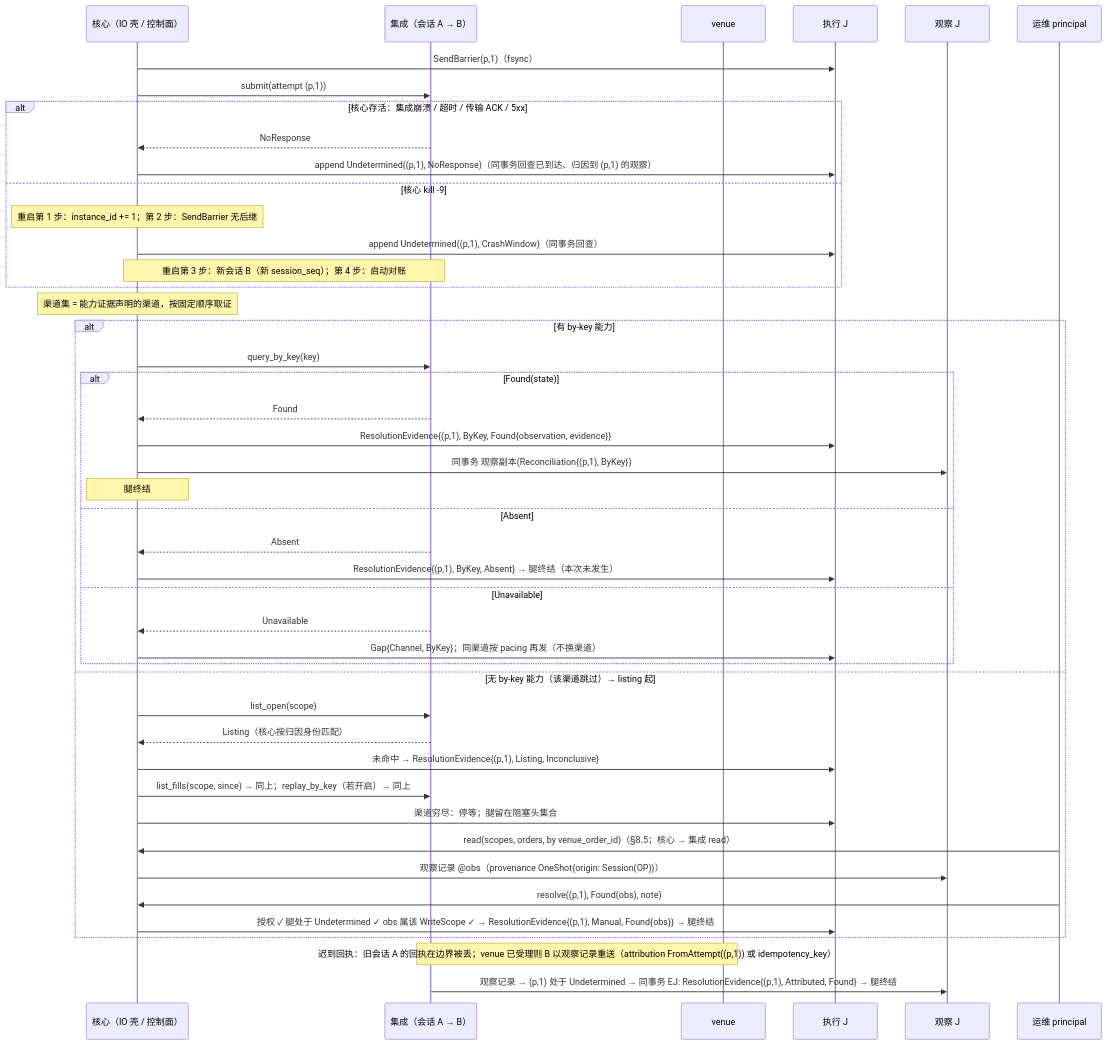
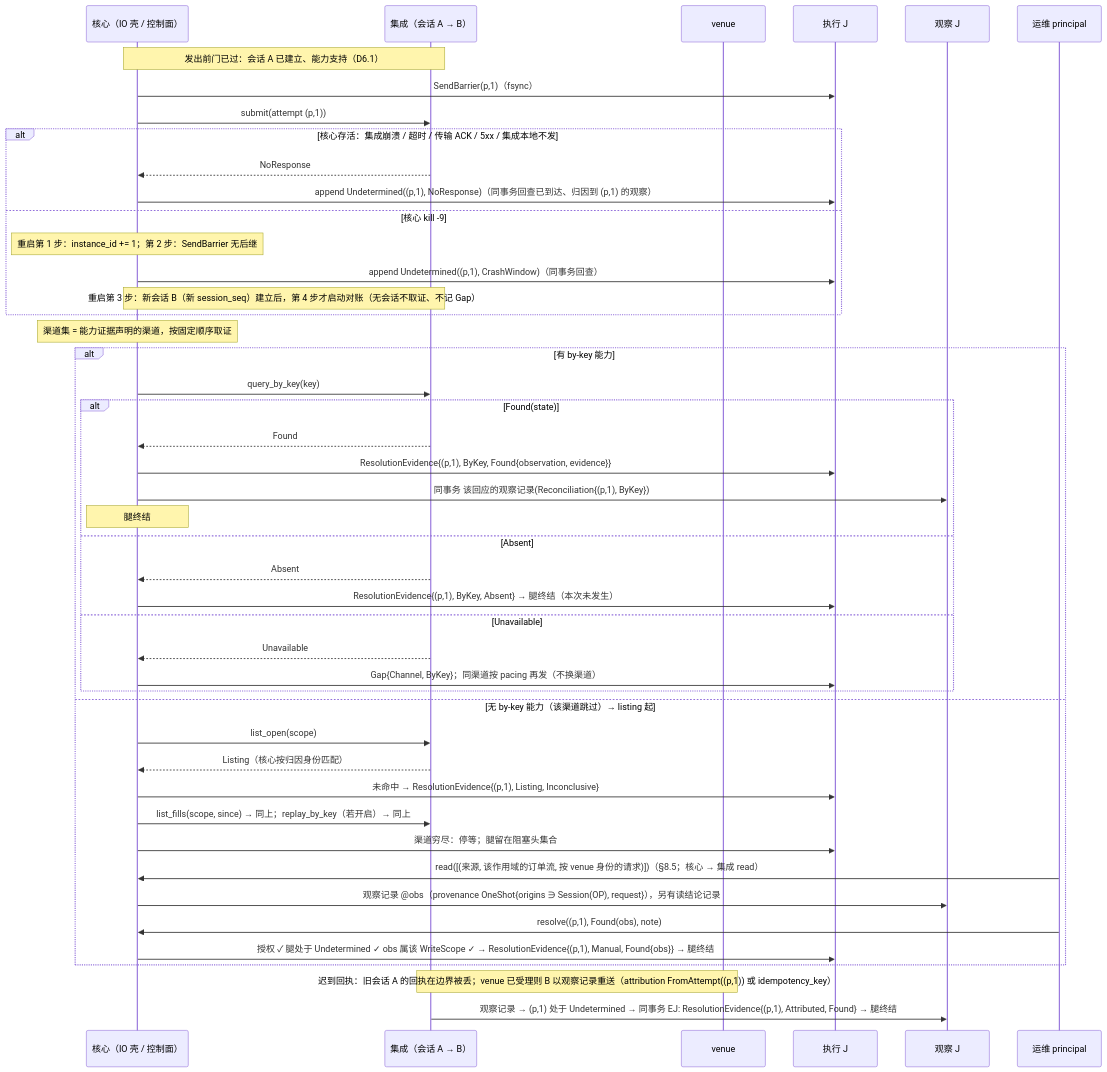
Before and after one commit to mouriya-s-lab/uta: the sixth of 7 diagrams in design/diagrams/06-io-shell-attempt.md, drawn with Mermaid. The commit also changed other lines of this file and 12 other files, not shown here.

````diff
--- a/design/diagrams/06-io-shell-attempt.md
+++ b/design/diagrams/06-io-shell-attempt.md
@@ -203,47 +204,48 @@
 ```mermaid
 sequenceDiagram
   participant IO as 核心（IO 壳 / 控制面）
   participant I as 集成（会话 A → B）
   participant V as venue
   participant EJ as 执行 J
   participant OJ as 观察 J
   participant OP as 运维 principal
+  Note over IO,I: 发出前门已过：会话 A 已建立、能力支持（D6.1）
   IO->>EJ: SendBarrier(p,1)（fsync）
   IO->>I: submit(attempt (p,1))
-  alt 核心存活：集成崩溃 / 超时 / 传输 ACK / 5xx
+  alt 核心存活：集成崩溃 / 超时 / 传输 ACK / 5xx / 集成本地不发
     I-->>IO: NoResponse
     IO->>EJ: append Undetermined((p,1), NoResponse)（同事务回查已到达、归因到 (p,1) 的观察）
   else 核心 kill -9
     Note over IO: 重启第 1 步：instance_id += 1；第 2 步：SendBarrier 无后继
     IO->>EJ: append Undetermined((p,1), CrashWindow)（同事务回查）
-    Note over IO,I: 重启第 3 步：新会话 B（新 session_seq）；第 4 步：启动对账
+    Note over IO,I: 重启第 3 步：新会话 B（新 session_seq）建立后，第 4 步才启动对账（无会话不取证、不记 Gap）
   end
   Note over IO: 渠道集 = 能力证据声明的渠道，按固定顺序取证
   alt 有 by-key 能力
     IO->>I: query_by_key(key)
     alt Found(state)
       I-->>IO: Found
       IO->>EJ: ResolutionEvidence{(p,1), ByKey, Found{observation, evidence}}
-      IO->>OJ: 同事务 观察副本(Reconciliation{(p,1), ByKey})
+      IO->>OJ: 同事务 该回应的观察记录(Reconciliation{(p,1), ByKey})
       Note over IO: 腿终结
     else Absent
       I-->>IO: Absent
       IO->>EJ: ResolutionEvidence{(p,1), ByKey, Absent} → 腿终结（本次未发生）
     else Unavailable
       I-->>IO: Unavailable
       IO->>EJ: Gap{Channel, ByKey}；同渠道按 pacing 再发（不换渠道）
     end
   else 无 by-key 能力（该渠道跳过）→ listing 起
     IO->>I: list_open(scope)
     I-->>IO: Listing（核心按归因身份匹配）
     IO->>EJ: 未命中 → ResolutionEvidence{(p,1), Listing, Inconclusive}
     IO->>I: list_fills(scope, since) → 同上；replay_by_key（若开启）→ 同上
     IO->>EJ: 渠道穷尽：停等；腿留在阻塞头集合
-    OP->>IO: read(scopes, orders, by venue_order_id)（§8.5；核心 → 集成 read）
-    IO->>OJ: 观察记录 @obs（provenance OneShot{origin: Session(OP)}）
+    OP->>IO: read([(来源, 该作用域的订单流, 按 venue 身份的请求)])（§8.5；核心 → 集成 read）
+    IO->>OJ: 观察记录 @obs（provenance OneShot{origins ∋ Session(OP), request}），另有读结论记录
     OP->>IO: resolve((p,1), Found(obs), note)
     IO->>EJ: 授权 ✓ 腿处于 Undetermined ✓ obs 属该 WriteScope ✓ → ResolutionEvidence{(p,1), Manual, Found{obs}} → 腿终结
   end
   Note over I,V: 迟到回执：旧会话 A 的回执在边界被丢；venue 已受理则 B 以观察记录重送（attribution FromAttempt((p,1)) 或 idempotency_key）
   I->>OJ: 观察记录 → (p,1) 处于 Undetermined → 同事务 EJ: ResolutionEvidence{(p,1), Attributed, Found} → 腿终结
 ```
````
